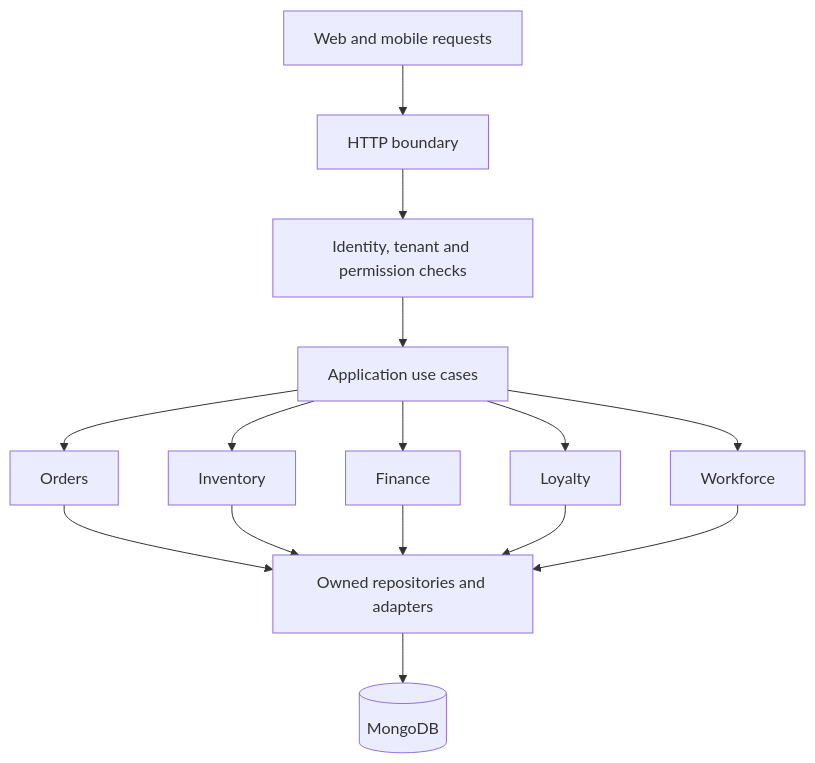
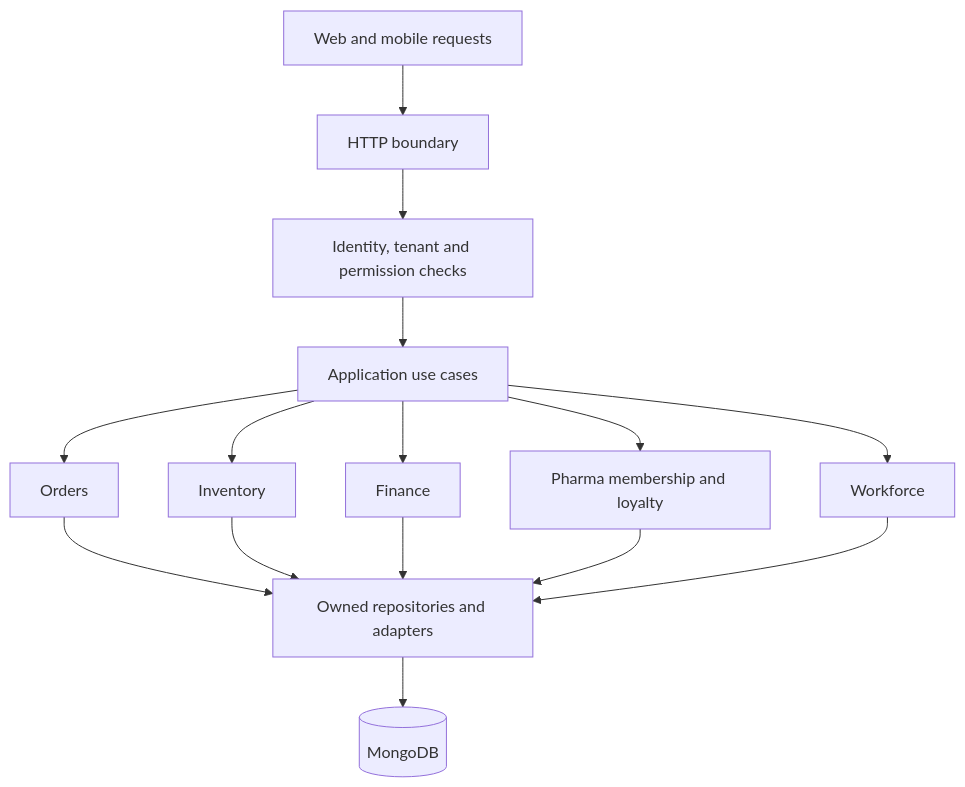
Before and after one commit to NextEdgelabs/nextedge-docs: the second of 2 diagrams in engineering/architecture.mdx, drawn with Mermaid. The commit also changed other lines of this file and 14 other files, not shown here.

Commit message:
Consolidate ERP domains and nest Pharma membership and loyalty

````diff
--- a/engineering/architecture.mdx
+++ b/engineering/architecture.mdx
@@ -34,17 +34,17 @@
 ```mermaid
 flowchart TB
   R["Web and mobile requests"] --> H["HTTP boundary"]
   H --> I["Identity, tenant and permission checks"]
   I --> U["Application use cases"]
   U --> O["Orders"]
   U --> V["Inventory"]
   U --> F["Finance"]
-  U --> L["Loyalty"]
+  U --> L["Pharma membership and loyalty"]
   U --> W["Workforce"]
   O --> P["Owned repositories and adapters"]
   V --> P
   F --> P
   L --> P
   W --> P
   P --> D[("MongoDB")]
 ```
````
